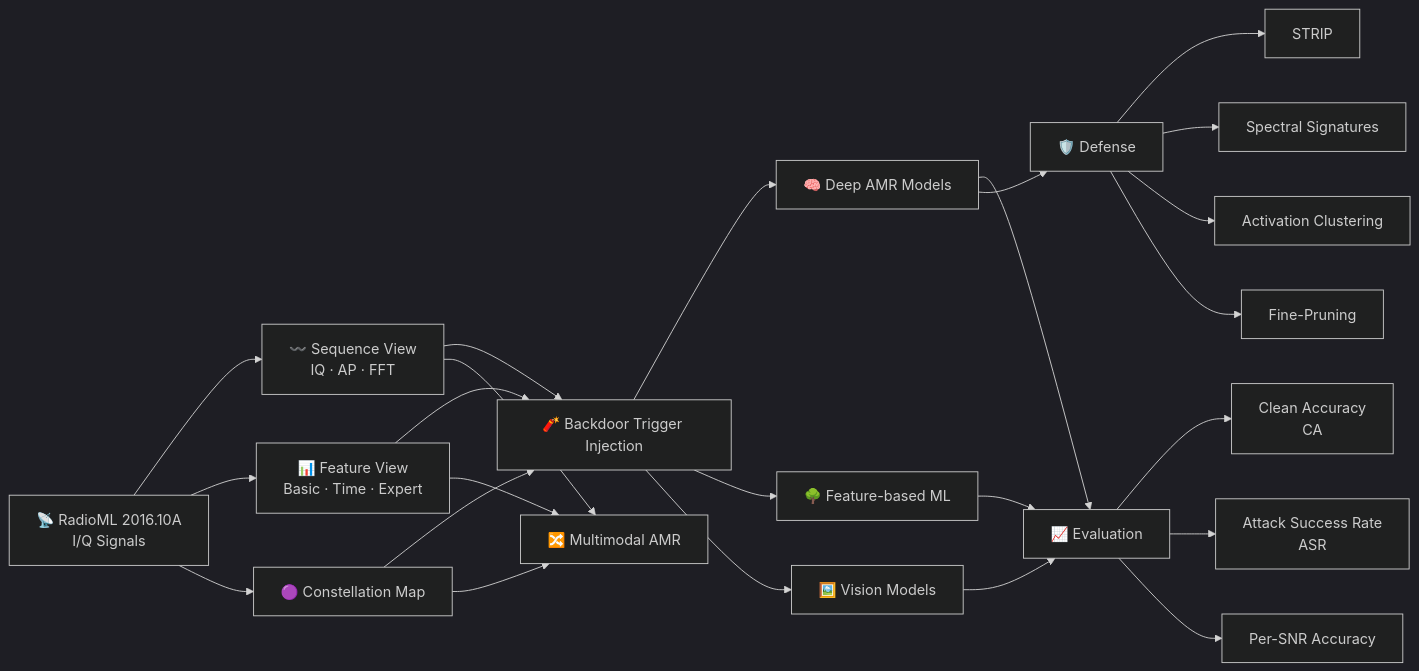
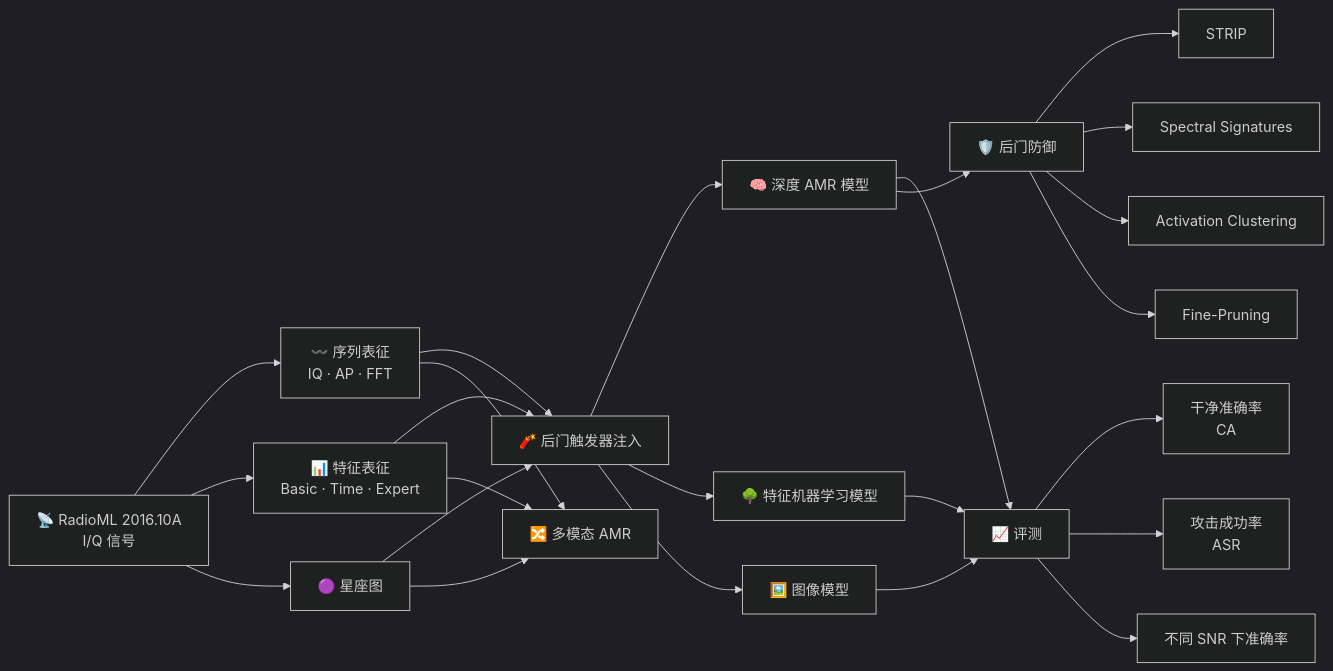
Before and after one commit to Xu0225/AMR_BACKDOOR: the first of 2 diagrams in README.md, drawn with Mermaid (dark theme). The commit also changed other lines of this file, not shown here.

```diff
--- a/README.md
+++ b/README.md
@@ -129,34 +133,34 @@
 ~~~mermaid
 flowchart LR
-    A["📡 RadioML 2016.10A<br/>I/Q Signals"]
+    A["📡 RadioML 2016.10A<br/>I/Q 信号"]
 
-    A --> B1["〰️ Sequence View<br/>IQ · AP · FFT"]
-    A --> B2["📊 Feature View<br/>Basic · Time · Expert"]
-    A --> B3["🟣 Constellation Map"]
+    A --> B1["〰️ 序列表征<br/>IQ · AP · FFT"]
+    A --> B2["📊 特征表征<br/>Basic · Time · Expert"]
+    A --> B3["🟣 星座图"]
 
-    B1 --> C["🧨 Backdoor Trigger Injection"]
+    B1 --> C["🧨 后门触发器注入"]
     B2 --> C
     B3 --> C
 
-    C --> D1["🧠 Deep AMR Models"]
-    C --> D2["🌳 Feature-based ML"]
-    C --> D3["🖼️ Vision Models"]
+    C --> D1["🧠 深度 AMR 模型"]
+    C --> D2["🌳 特征机器学习模型"]
+    C --> D3["🖼️ 图像模型"]
 
-    D1 --> E["📈 Evaluation"]
+    D1 --> E["📈 评测"]
     D2 --> E
     D3 --> E
 
-    E --> F1["Clean Accuracy<br/>CA"]
-    E --> F2["Attack Success Rate<br/>ASR"]
-    E --> F3["Per-SNR Accuracy"]
+    E --> F1["干净准确率<br/>CA"]
+    E --> F2["攻击成功率<br/>ASR"]
+    E --> F3["不同 SNR 下准确率"]
 
-    D1 --> G["🛡️ Defense"]
+    D1 --> G["🛡️ 后门防御"]
     G --> G1["STRIP"]
     G --> G2["Spectral Signatures"]
     G --> G3["Activation Clustering"]
     G --> G4["Fine-Pruning"]
 
-    B1 --> H["🔀 Multimodal AMR"]
+    B1 --> H["🔀 多模态 AMR"]
     B2 --> H
     B3 --> H
 ~~~
```
